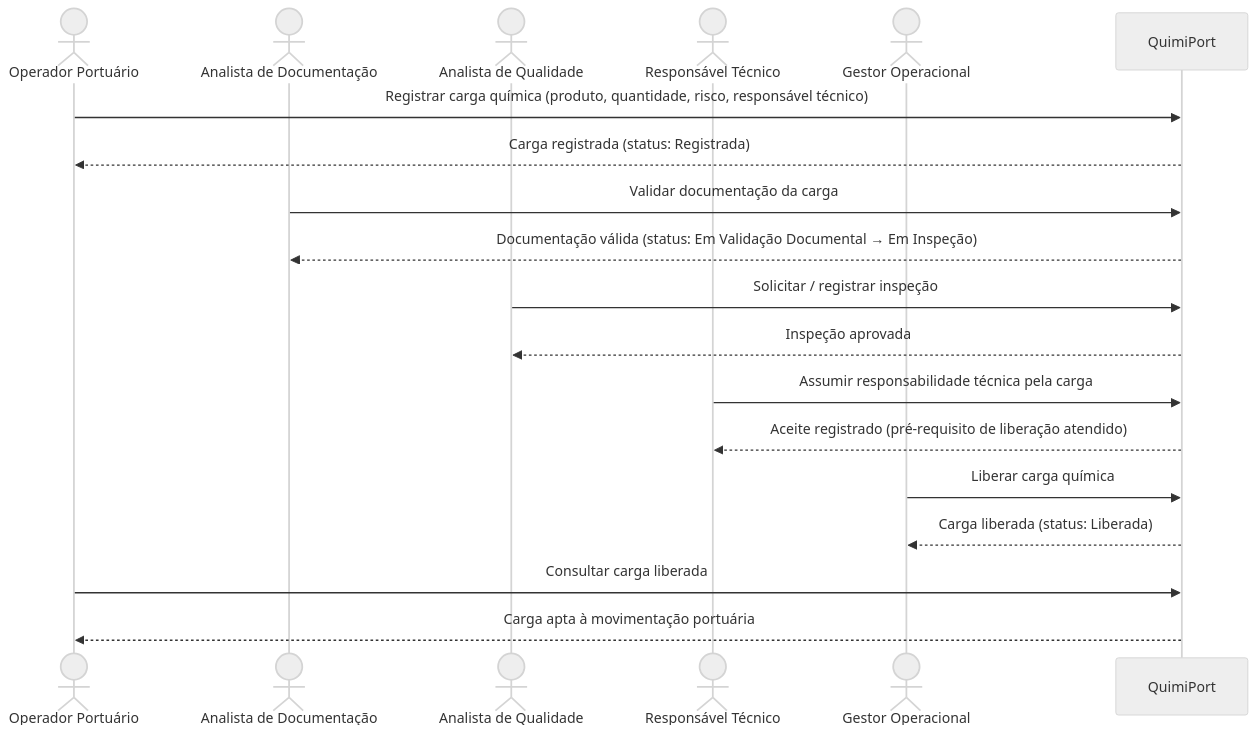
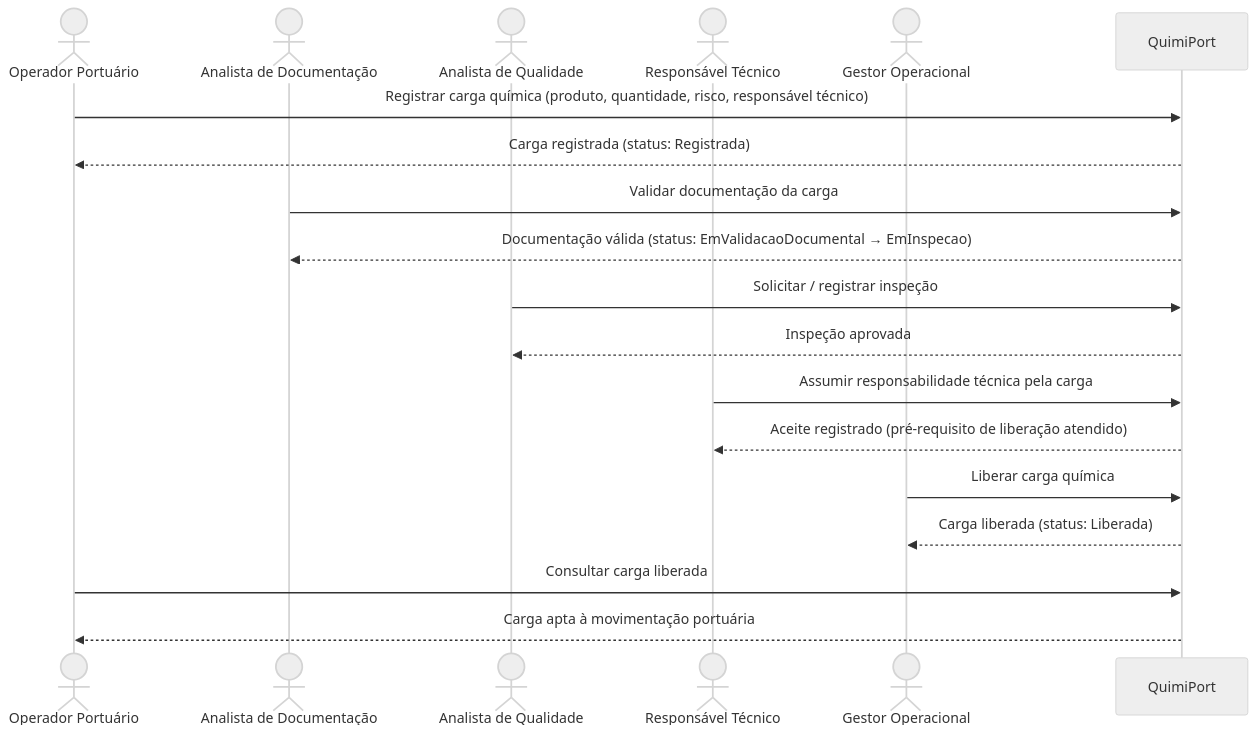
One commit to LuisCastanh0/quimiport changed the second of 2 diagrams in docs/casos-de-uso.md. Above: the diagram before and after it, drawn with Mermaid (neutral theme). The commit also changed other lines of this file and 11 other files, not shown here.

````diff
--- a/docs/casos-de-uso.md
+++ b/docs/casos-de-uso.md
@@ -64,27 +68,27 @@
 ```mermaid
 sequenceDiagram
     actor OP as Operador Portuário
     actor AD as Analista de Documentação
     actor AQ as Analista de Qualidade
     actor RT as Responsável Técnico
     actor GO as Gestor Operacional
     participant SYS as QuimiPort
 
     OP->>SYS: Registrar carga química (produto, quantidade, risco, responsável técnico)
     SYS-->>OP: Carga registrada (status: Registrada)
 
     AD->>SYS: Validar documentação da carga
-    SYS-->>AD: Documentação válida (status: Em Validação Documental → Em Inspeção)
+    SYS-->>AD: Documentação válida (status: EmValidacaoDocumental → EmInspecao)
 
     AQ->>SYS: Solicitar / registrar inspeção
     SYS-->>AQ: Inspeção aprovada
 
     RT->>SYS: Assumir responsabilidade técnica pela carga
     SYS-->>RT: Aceite registrado (pré-requisito de liberação atendido)
 
     GO->>SYS: Liberar carga química
     SYS-->>GO: Carga liberada (status: Liberada)
 
     OP->>SYS: Consultar carga liberada
     SYS-->>OP: Carga apta à movimentação portuária
 ```
````
